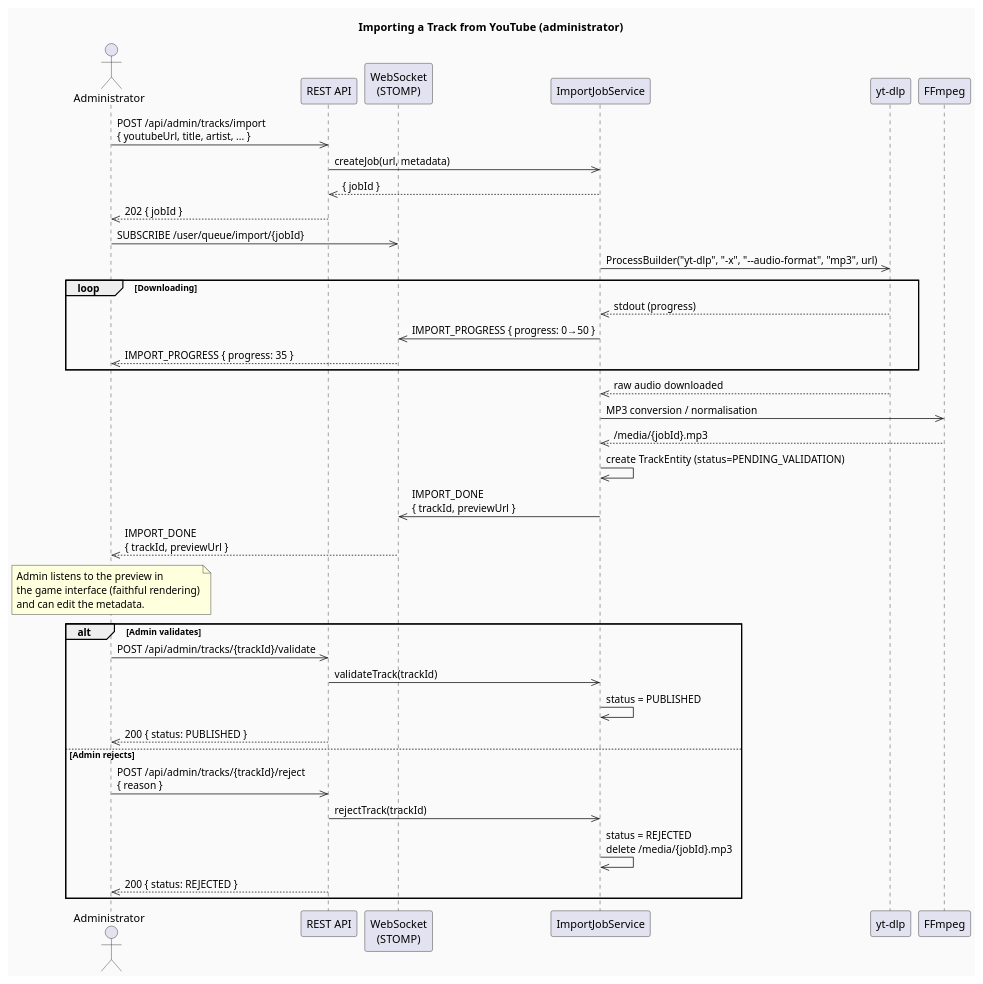
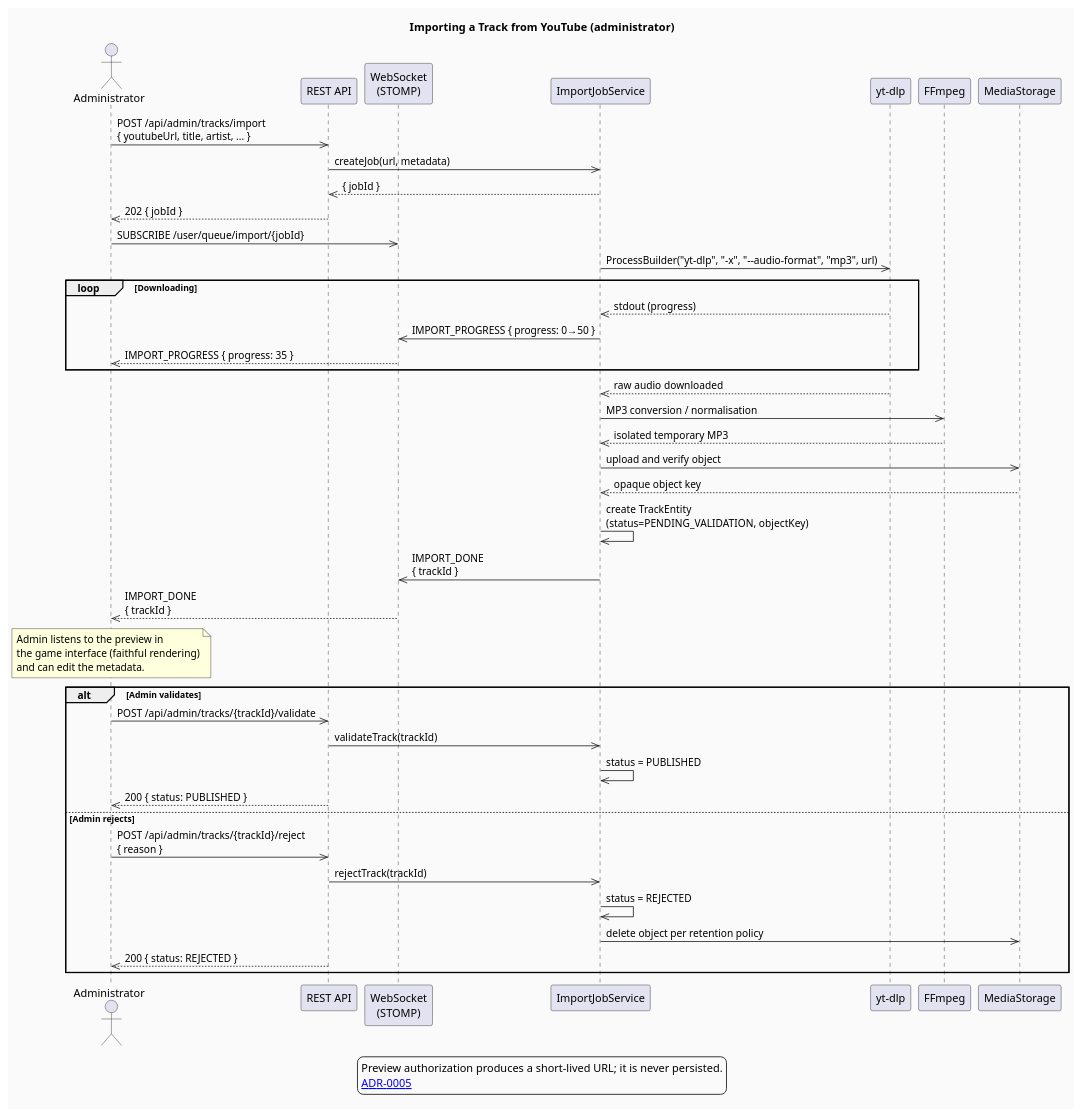
The fourth of 5 diagrams in docs/diagrams/04-sequences.puml (CyprienJ/blindTest), drawn with PlantUML before and after one commit. The commit also changed other lines of this file and 12 other files, not shown here.

Commit message:
FND-06 — Record core architecture decisions

```diff
--- a/docs/diagrams/04-sequences.puml
+++ b/docs/diagrams/04-sequences.puml
@@ -151,54 +175,64 @@
 @startuml Sequence - Music Import (administrator)
+' Decision: ADR-0005 stores validated audio in private S3-compatible storage.
 title Importing a Track from YouTube (administrator)
 skinparam backgroundColor #FAFAFA
 
 actor "Administrator" as admin
 participant "REST API" as rest
 participant "WebSocket\n(STOMP)" as ws
 participant "ImportJobService" as job
 participant "yt-dlp" as ytdlp
 participant "FFmpeg" as ffmpeg
+participant "MediaStorage" as storage
 
 admin ->> rest : POST /api/admin/tracks/import\n{ youtubeUrl, title, artist, ... }
 rest ->> job : createJob(url, metadata)
 job -->> rest : { jobId }
 rest -->> admin : 202 { jobId }
 
 admin ->> ws : SUBSCRIBE /user/queue/import/{jobId}
 
 job ->> ytdlp : ProcessBuilder("yt-dlp", "-x", "--audio-format", "mp3", url)
 
 loop Downloading
   ytdlp -->> job : stdout (progress)
   job ->> ws : IMPORT_PROGRESS { progress: 0→50 }
   ws -->> admin : IMPORT_PROGRESS { progress: 35 }
 end
 
 ytdlp -->> job : raw audio downloaded
 
 job ->> ffmpeg : MP3 conversion / normalisation
-ffmpeg -->> job : /media/{jobId}.mp3
-job ->> job : create TrackEntity (status=PENDING_VALIDATION)
+ffmpeg -->> job : isolated temporary MP3
+job ->> storage : upload and verify object
+storage -->> job : opaque object key
+job ->> job : create TrackEntity\n(status=PENDING_VALIDATION, objectKey)
 
-job ->> ws : IMPORT_DONE\n{ trackId, previewUrl }
-ws -->> admin : IMPORT_DONE\n{ trackId, previewUrl }
+job ->> ws : IMPORT_DONE\n{ trackId }
+ws -->> admin : IMPORT_DONE\n{ trackId }
 
 note over admin
   Admin listens to the preview in
   the game interface (faithful rendering)
   and can edit the metadata.
 end note
 
 alt Admin validates
   admin ->> rest : POST /api/admin/tracks/{trackId}/validate
   rest ->> job : validateTrack(trackId)
   job ->> job : status = PUBLISHED
   rest -->> admin : 200 { status: PUBLISHED }
 else Admin rejects
   admin ->> rest : POST /api/admin/tracks/{trackId}/reject\n{ reason }
   rest ->> job : rejectTrack(trackId)
-  job ->> job : status = REJECTED\ndelete /media/{jobId}.mp3
+  job ->> job : status = REJECTED
+  job ->> storage : delete object per retention policy
   rest -->> admin : 200 { status: REJECTED }
 end
 
+legend bottom
+  Preview authorization produces a short-lived URL; it is never persisted.
+  [[../adr/0005-private-s3-media-and-presigned-playback.md ADR-0005]]
+endlegend
+
 @enduml
```
